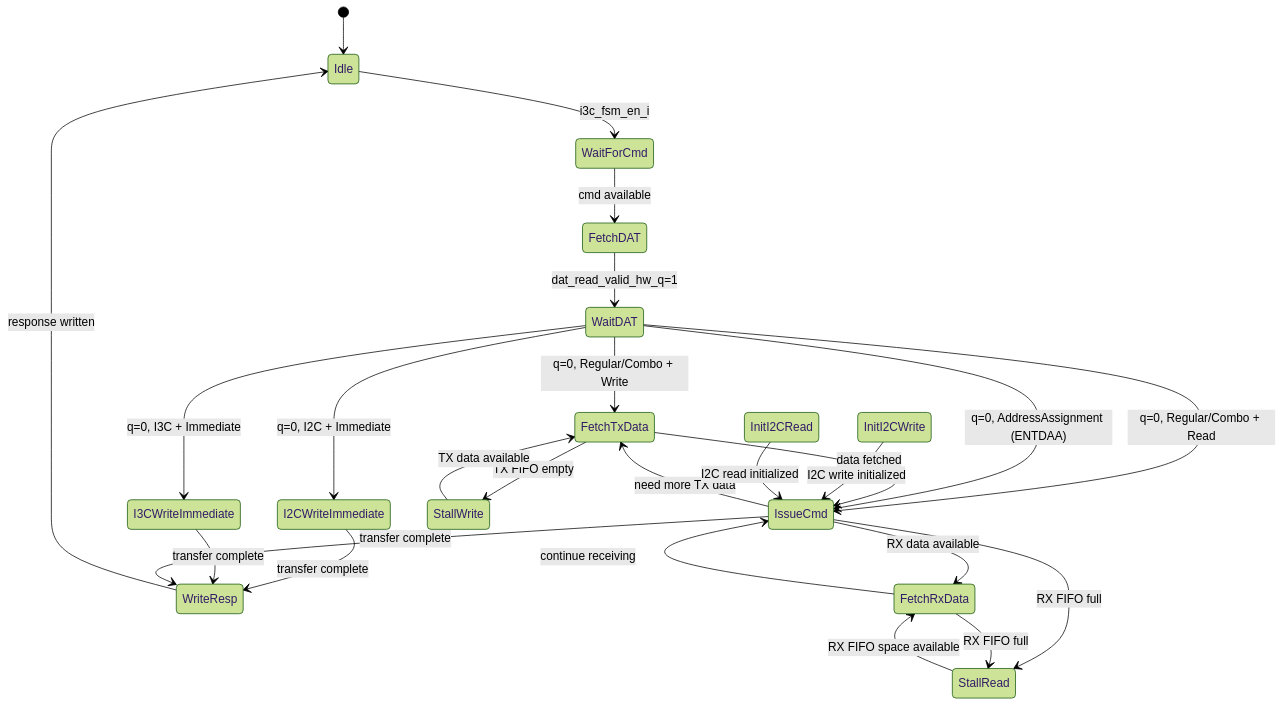
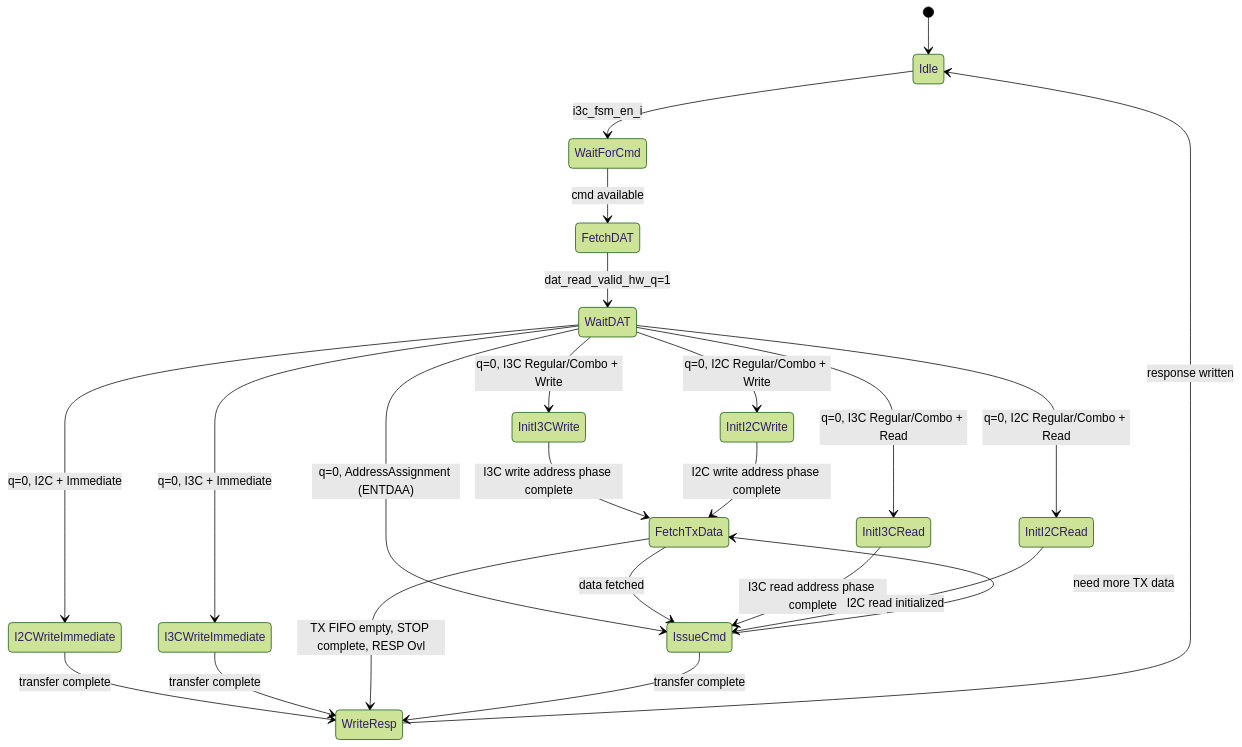
One commit to minhuy206/i3c changed the diagram in docs/module_specs/09_flow_active_spec.md. Above: the diagram before and after it, drawn with Mermaid (forest theme). The commit also changed other lines of this file and 66 other files, not shown here.

Commit message:
Update SDR flow DV and SVA coverage

````diff
--- a/docs/module_specs/09_flow_active_spec.md
+++ b/docs/module_specs/09_flow_active_spec.md
@@ -198,38 +198,33 @@
 ```mermaid
 stateDiagram-v2
     [*] --> Idle
     Idle --> WaitForCmd: i3c_fsm_en_i
 
     WaitForCmd --> FetchDAT: cmd available
 
     FetchDAT --> WaitDAT: dat_read_valid_hw_q=1
 
     WaitDAT --> I2CWriteImmediate: q=0, I2C + Immediate
     WaitDAT --> I3CWriteImmediate: q=0, I3C + Immediate
-    WaitDAT --> FetchTxData: q=0, Regular/Combo + Write
-    WaitDAT --> IssueCmd: q=0, Regular/Combo + Read
+    WaitDAT --> InitI3CWrite: q=0, I3C Regular/Combo + Write
+    WaitDAT --> InitI3CRead: q=0, I3C Regular/Combo + Read
+    WaitDAT --> InitI2CWrite: q=0, I2C Regular/Combo + Write
+    WaitDAT --> InitI2CRead: q=0, I2C Regular/Combo + Read
     WaitDAT --> IssueCmd: q=0, AddressAssignment (ENTDAA)
 
     I2CWriteImmediate --> WriteResp: transfer complete
     I3CWriteImmediate --> WriteResp: transfer complete
 
     FetchTxData --> IssueCmd: data fetched
-    FetchTxData --> StallWrite: TX FIFO empty
-
-    StallWrite --> FetchTxData: TX data available
+    FetchTxData --> WriteResp: TX FIFO empty, STOP complete, RESP Ovl
 
     IssueCmd --> FetchTxData: need more TX data
-    IssueCmd --> FetchRxData: RX data available
-    IssueCmd --> StallRead: RX FIFO full
     IssueCmd --> WriteResp: transfer complete
 
-    FetchRxData --> IssueCmd: continue receiving
-    FetchRxData --> StallRead: RX FIFO full
-
-    StallRead --> FetchRxData: RX FIFO space available
-
-    InitI2CWrite --> IssueCmd: I2C write initialized
+    InitI3CWrite --> FetchTxData: I3C write address phase complete
+    InitI3CRead --> IssueCmd: I3C read address phase complete
+    InitI2CWrite --> FetchTxData: I2C write address phase complete
     InitI2CRead --> IssueCmd: I2C read initialized
 
     WriteResp --> Idle: response written
 ```
````
